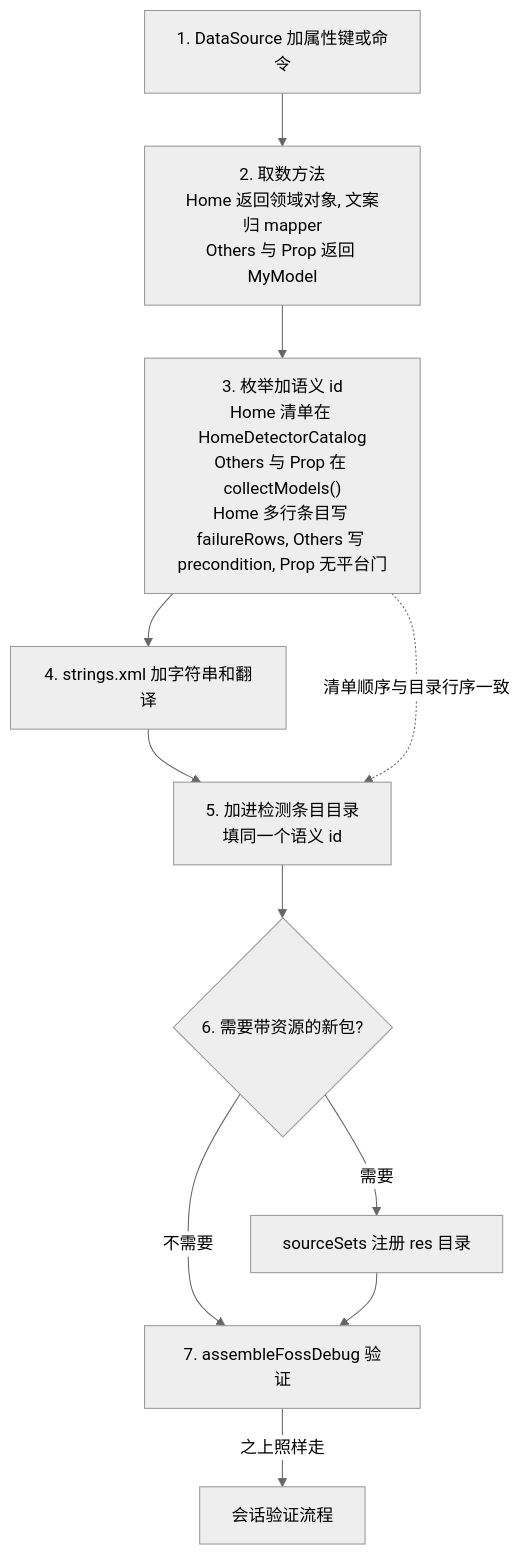
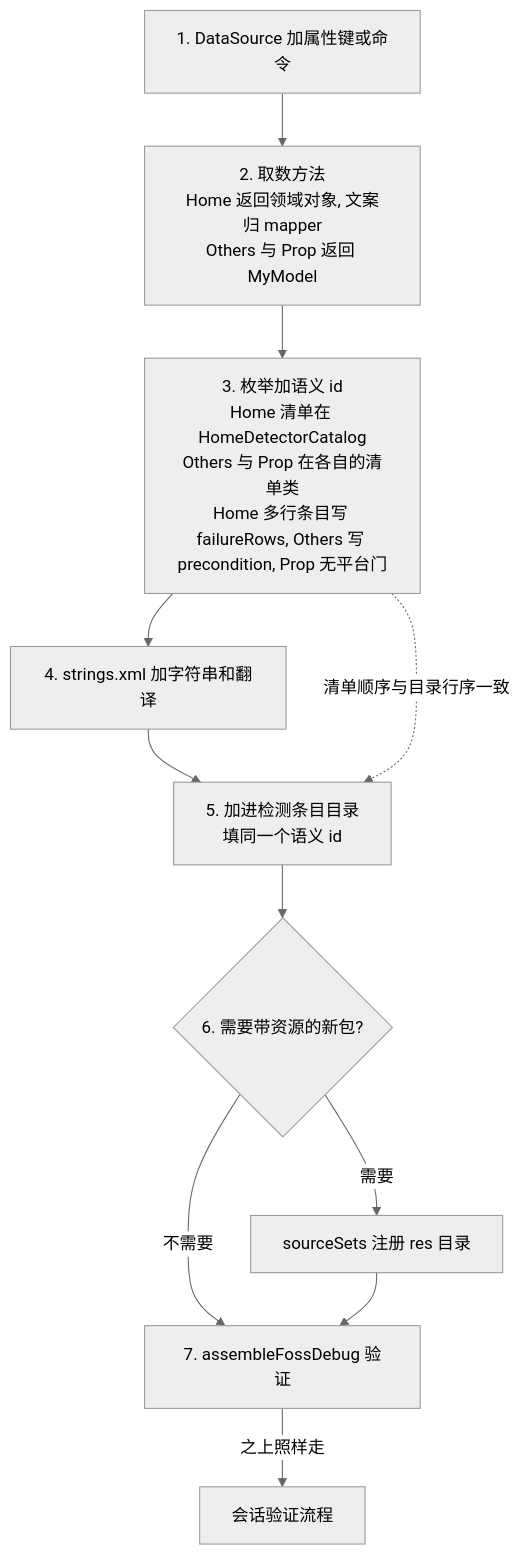
The diagram in docs/agents-cn/08-检测条目.md (imknown/AndroidLowLevelDetector), drawn with Mermaid (neutral theme) before and after one commit. The commit also changed other lines of this file and 7 other files, not shown here.

````diff
--- a/docs/agents-cn/08-检测条目.md
+++ b/docs/agents-cn/08-检测条目.md
@@ -45,13 +46,13 @@
 ```mermaid
 flowchart TD
     S1["1. DataSource 加属性键或命令"] --> S2["2. 取数方法<br>Home 返回领域对象, 文案归 mapper<br>Others 与 Prop 返回 MyModel"]
-    S2 --> S3["3. 枚举加语义 id<br>Home 清单在 HomeDetectorCatalog<br>Others 与 Prop 在 collectModels()<br>Home 多行条目写 failureRows, Others 写 precondition, Prop 无平台门"]
+    S2 --> S3["3. 枚举加语义 id<br>Home 清单在 HomeDetectorCatalog<br>Others 与 Prop 在各自的清单类<br>Home 多行条目写 failureRows, Others 写 precondition, Prop 无平台门"]
     S3 --> S4["4. strings.xml 加字符串和翻译"]
     S4 --> S5["5. 加进检测条目目录<br>填同一个语义 id"]
     S3 -. "清单顺序与目录行序一致" .-> S5
     S5 --> S6{"6. 需要带资源的新包?"}
     S6 -- 需要 --> R["sourceSets 注册 res 目录"]
     S6 -- 不需要 --> S7["7. assembleFossDebug 验证"]
     R --> S7
     S7 -- "之上照样走" --> V["会话验证流程"]
 ```
````
